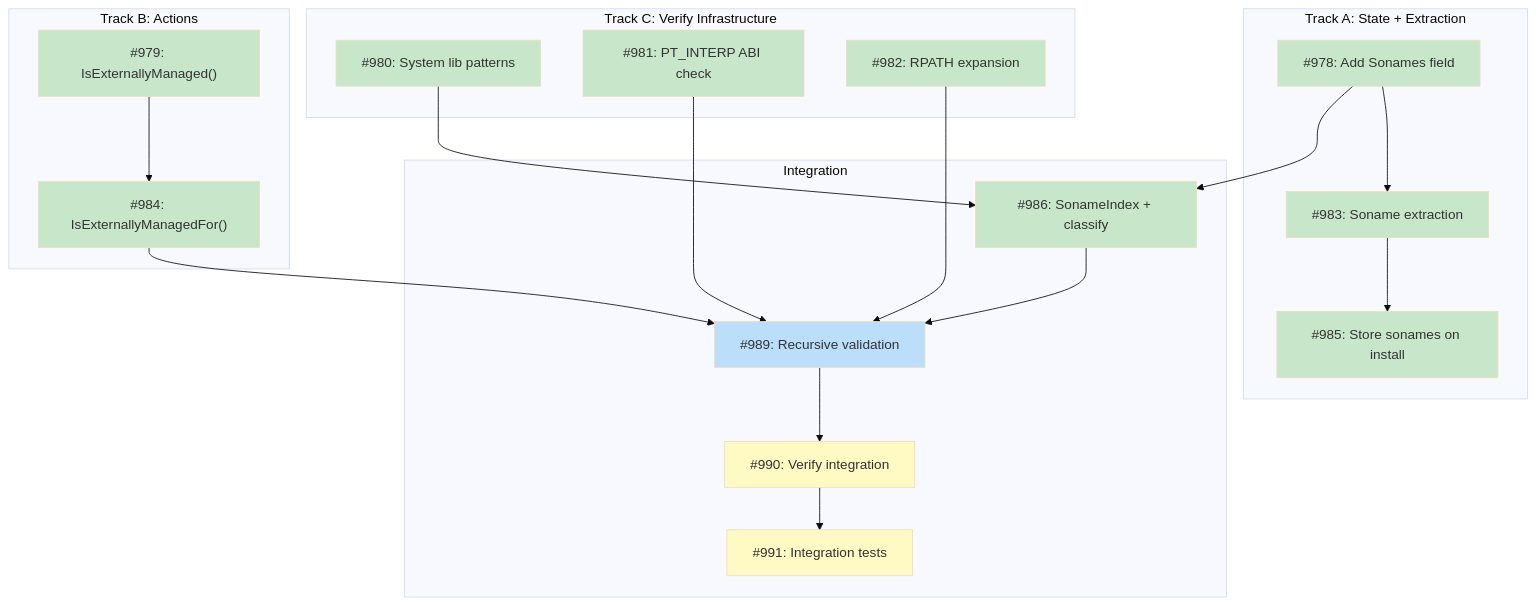
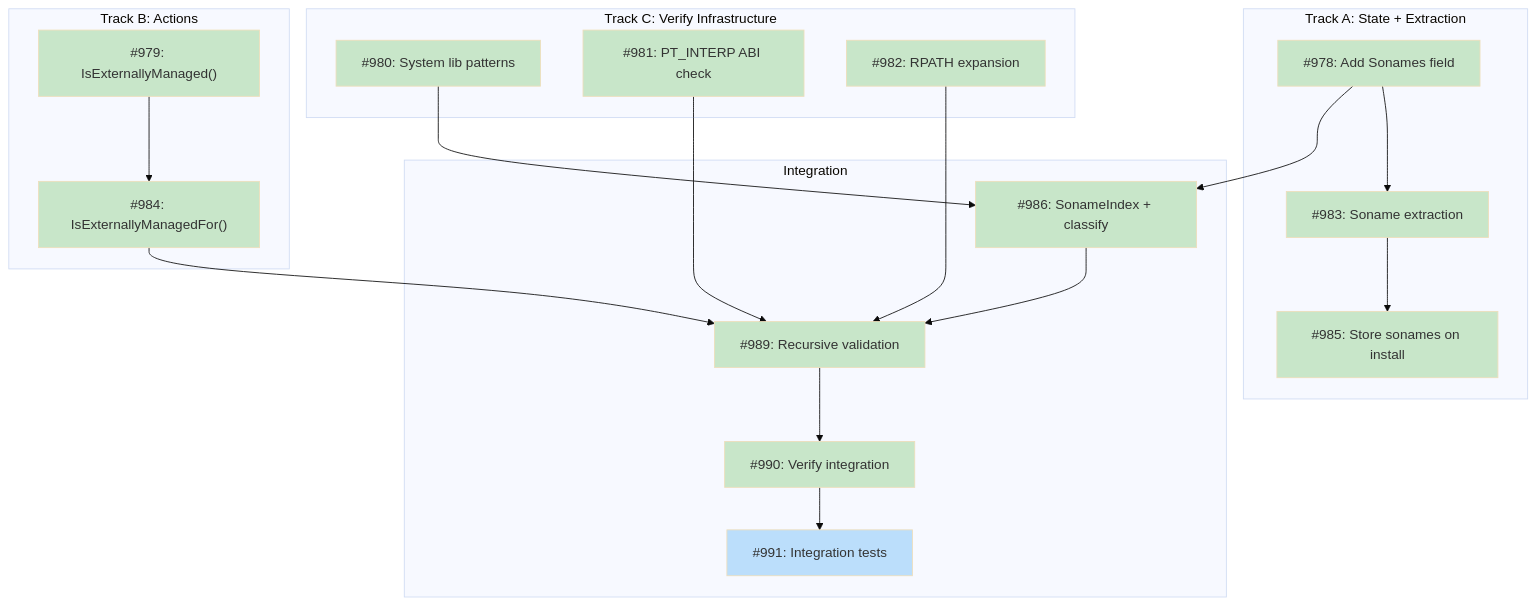
One commit to tsukumogami/tsuku changed the diagram in docs/designs/DESIGN-library-verify-deps.md. Above: the diagram before and after it, drawn with Mermaid (base theme). The commit also changed 2 other files, not shown here.

Commit message:
feat(verify): integrate Tier 2 dependency validation into verify command (#1008)
Add Tier 2 dependency validation to verifyTool() and verifyLibrary() by
calling
ValidateDependenciesSimple() after Tier 1 checks complete. Dependencies
are displayed
with category labels (tsuku:name@version, system, external) and the
command exits
with ExitVerifyFailed if any dependency fails validation.

Changes:
- Add displayDependencyResults() helper for consistent output formatting
- Add findToolBinaries() helper to locate binary files in install
directory
- Update verifyVisibleTool() with Step 5 for dependency validation
- Update verifyWithAbsolutePath() to validate hidden tool dependencies
- Update verifyLibrary() with Tier 2 after Tier 1 header validation
- Update design doc to mark #989 and #990 as done

````diff
--- a/docs/designs/DESIGN-library-verify-deps.md
+++ b/docs/designs/DESIGN-library-verify-deps.md
@@ -26,47 +26,46 @@
 ```mermaid
 graph TD
     subgraph TrackA["Track A: State + Extraction"]
         I978["#978: Add Sonames field"]
         I983["#983: Soname extraction"]
         I985["#985: Store sonames on install"]
     end
 
     subgraph TrackB["Track B: Actions"]
         I979["#979: IsExternallyManaged()"]
         I984["#984: IsExternallyManagedFor()"]
     end
 
     subgraph TrackC["Track C: Verify Infrastructure"]
         I980["#980: System lib patterns"]
         I981["#981: PT_INTERP ABI check"]
         I982["#982: RPATH expansion"]
     end
 
     subgraph Integration["Integration"]
         I986["#986: SonameIndex + classify"]
         I989["#989: Recursive validation"]
         I990["#990: Verify integration"]
         I991["#991: Integration tests"]
     end
 
     I978 --> I983
     I983 --> I985
     I979 --> I984
     I978 --> I986
     I980 --> I986
     I981 --> I989
     I982 --> I989
     I984 --> I989
     I986 --> I989
     I989 --> I990
     I990 --> I991
 
     classDef done fill:#c8e6c9
     classDef ready fill:#bbdefb
     classDef blocked fill:#fff9c4
     classDef needsDesign fill:#e1bee7
 
-    class I978,I979,I980,I981,I982,I983,I984,I985,I986 done
-    class I989 ready
-    class I990,I991 blocked
+    class I978,I979,I980,I981,I982,I983,I984,I985,I986,I989,I990 done
+    class I991 ready
 ```
````
